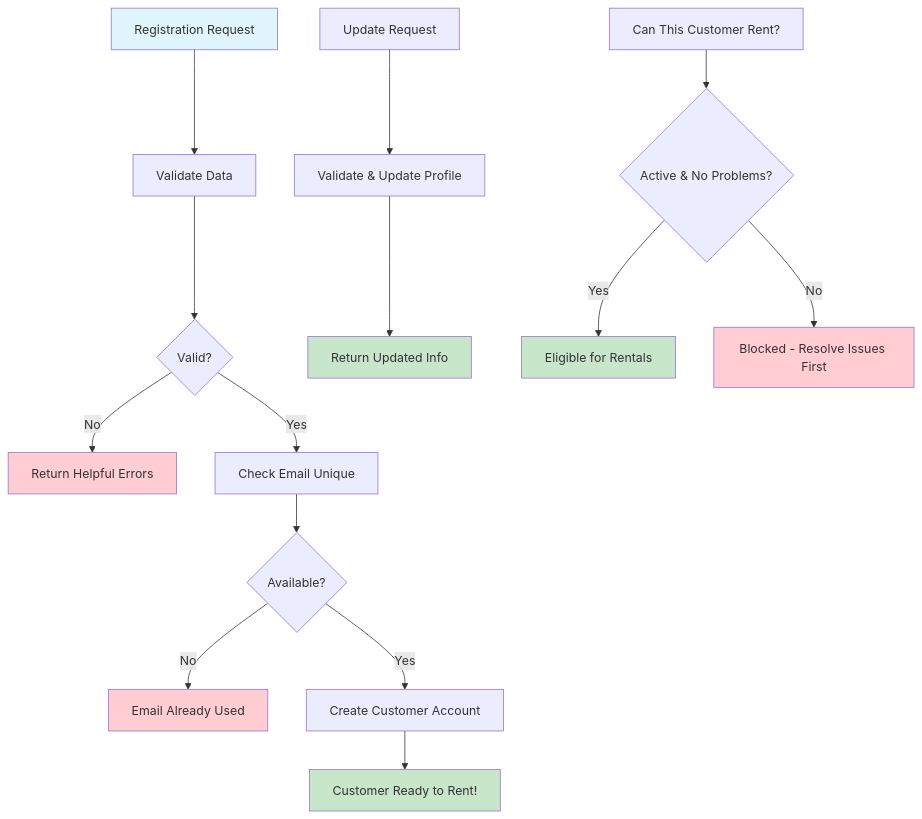
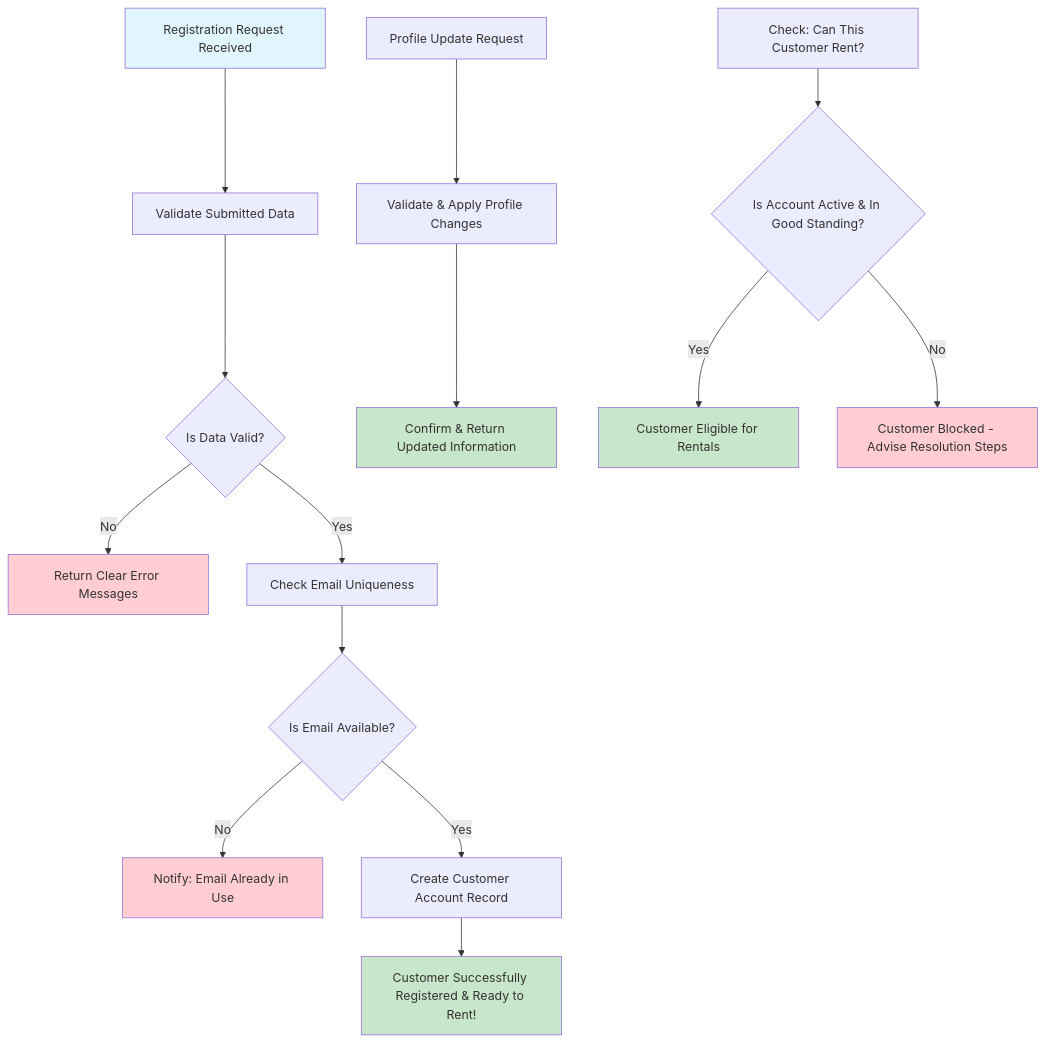
One commit to tiberius-s/video-rental-demo changed the diagram in docs/workflows/01-customer-registration-workflow.md. Above: the diagram before and after it, drawn with Mermaid. The commit also changed other lines of this file and 20 other files, not shown here.

````diff
--- a/docs/workflows/01-customer-registration-workflow.md
+++ b/docs/workflows/01-customer-registration-workflow.md
@@ -44,28 +30,28 @@
 ```mermaid
 flowchart TD
-    A[Registration Request] --> B[Validate Data]
-    B --> C{Valid?}
-    C -->|No| D[Return Helpful Errors]
-    C -->|Yes| E[Check Email Unique]
-    E --> F{Available?}
-    F -->|No| G[Email Already Used]
-    F -->|Yes| H[Create Customer Account]
-    H --> I[Customer Ready to Rent!]
+    A[Registration Request Received] --> B[Validate Submitted Data]
+    B --> C{Is Data Valid?}
+    C -->|No| D[Return Clear Error Messages]
+    C -->|Yes| E[Check Email Uniqueness]
+    E --> F{Is Email Available?}
+    F -->|No| G[Notify: Email Already in Use]
+    F -->|Yes| H[Create Customer Account Record]
+    H --> I[Customer Successfully Registered & Ready to Rent!]
 
-    %% Profile Updates
-    J[Update Request] --> K[Validate & Update Profile]
-    K --> L[Return Updated Info]
+    %% Profile Updates Sub-flow
+    J[Profile Update Request] --> K[Validate & Apply Profile Changes]
+    K --> L[Confirm & Return Updated Information]
 
-    %% Business Capability Check
-    M[Can This Customer Rent?] --> N{Active & No Problems?}
-    N -->|Yes| O[Eligible for Rentals]
-    N -->|No| P[Blocked - Resolve Issues First]
+    %% Business Capability Check Sub-flow
+    M[Check: Can This Customer Rent?] --> N{Is Account Active & In Good Standing?}
+    N -->|Yes| O[Customer Eligible for Rentals]
+    N -->|No| P[Customer Blocked - Advise Resolution Steps]
 
     style A fill:#e1f5fe
     style I fill:#c8e6c9
     style L fill:#c8e6c9
     style O fill:#c8e6c9
     style D fill:#ffcdd2
     style G fill:#ffcdd2
     style P fill:#ffcdd2
 ```
````
